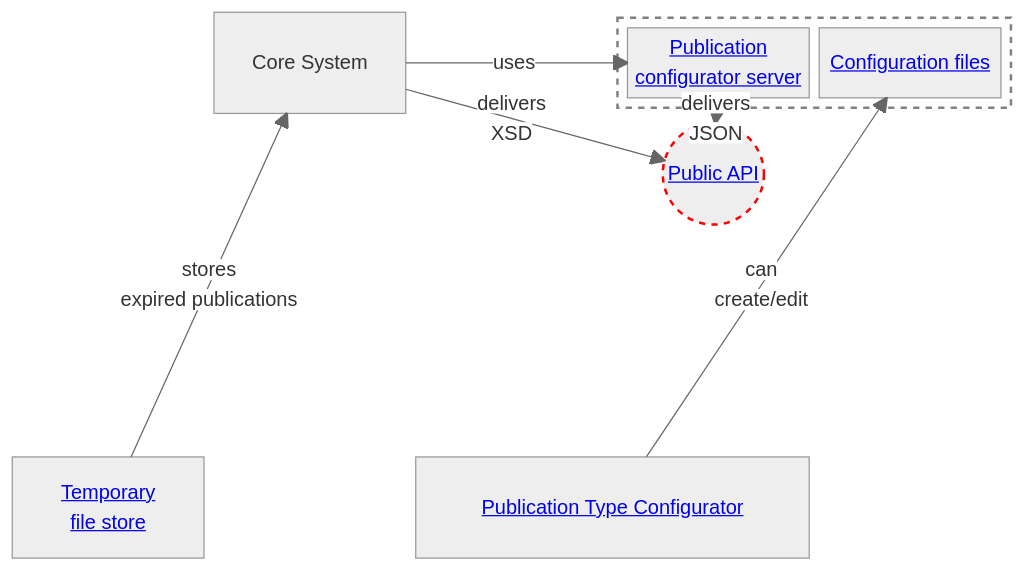
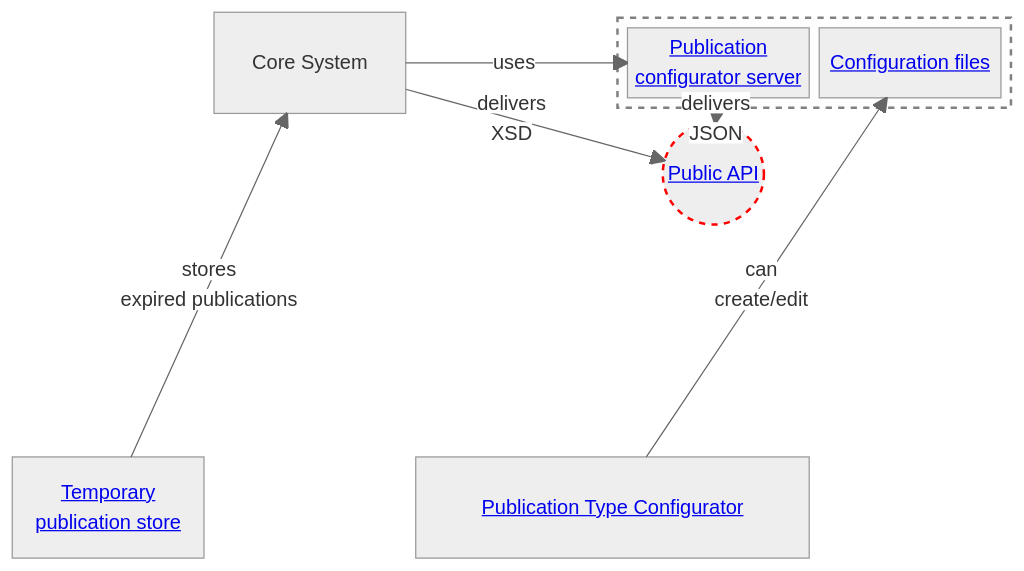
Before and after one commit to officialgazette/big-picture: the diagram in README.md, drawn with Mermaid. The commit also changed other lines of this file, not shown here.

````diff
--- a/README.md
+++ b/README.md
@@ -29,42 +29,42 @@
 ```mermaid
 
 %%{
   init: {
     'theme': 'neutral'
   }
 }%%
 
 block-beta
 columns 4
 
 space
   core["Core System"] space
 block:scope:2
 configServer["<a href='https://github.com/officialgazette/publication-configurator-server'>Publication
 configurator server</a>"]
 termsConfig["<a href='https://github.com/officialgazette/publication-standard'>Configuration files</a>"]
 end
 space:3
 api(("<a href='https://amtsblattportal.ch/docs/api'>Public API</a>"))
 space:8
-tempStore["<a href='https://github.com/officialgazette/publication-archive'>Temporary
-file store</a>"]
+tempStore["<a href='https://github.com/officialgazette/temp-publication-store'>Temporary
+publication store</a>"]
 space
 
 Config["<a href='https://github.com/officialgazette/publication-configurator'>Publication Type Configurator</a>"]:2
 
 
 Config--"can
 create/edit"-->termsConfig
 core--"uses"-->configServer
 tempStore--"stores
 expired publications"-->core
 core--"delivers
 XSD"-->api
 configServer--"delivers
 JSON"-->api
 
 
 style scope stroke:grey,stroke-width:2px,color:#fff,stroke-dasharray: 5 5
 style api stroke:red,stroke-width:2px,color:grey,stroke-dasharray: 5 5
 ```
````
